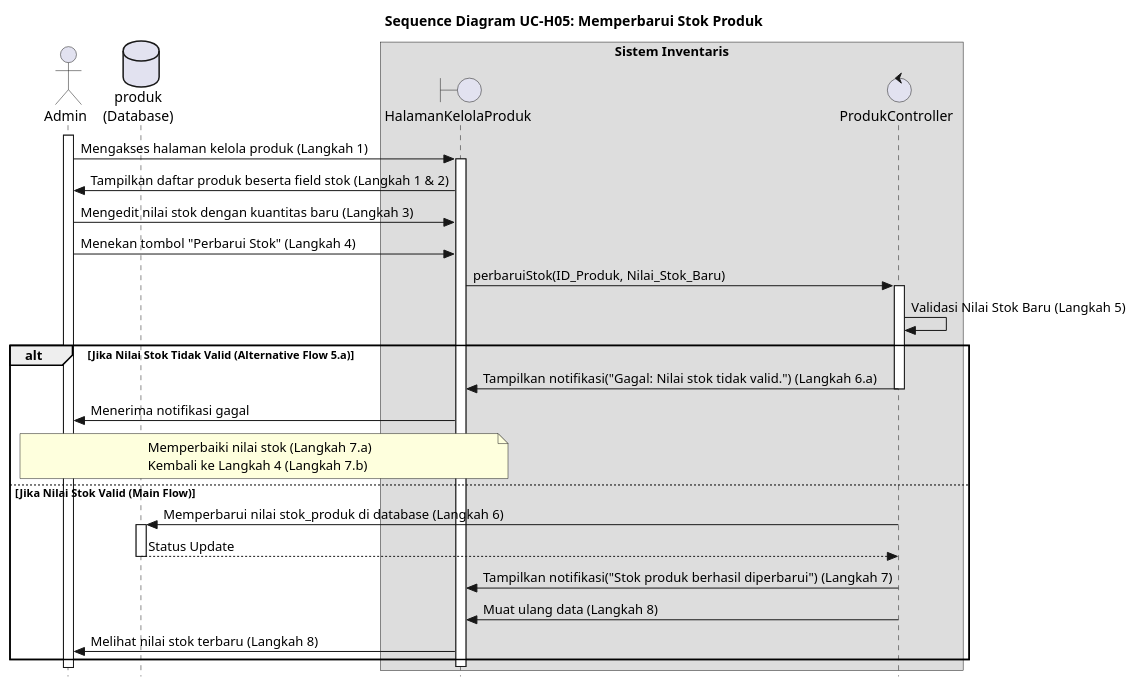
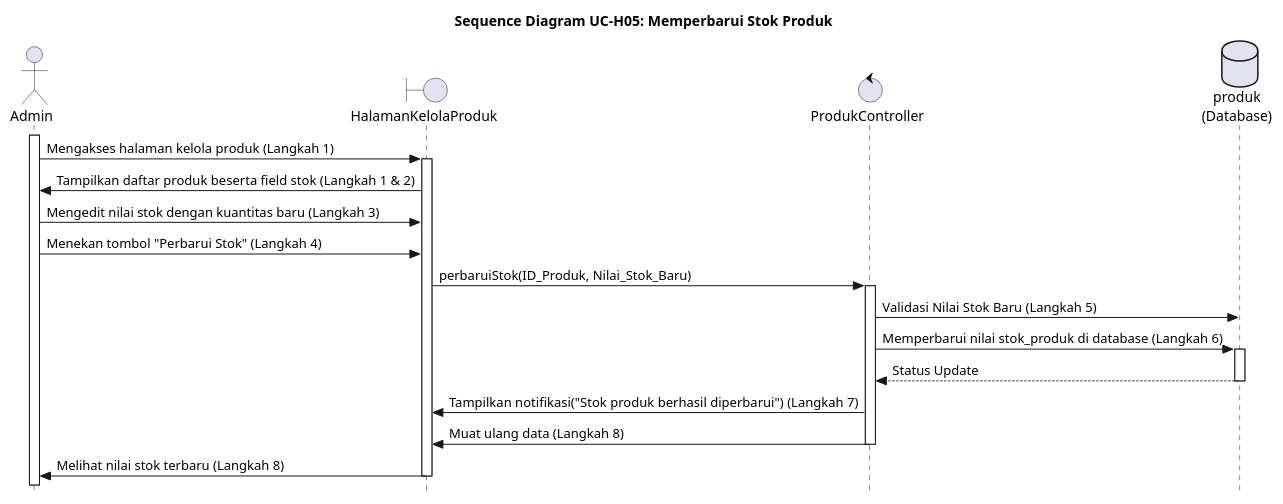
Before and after one commit to alfiahnurfa/RSI-PROYEK-AKHIR-SEQUENCE: the diagram in UC-H05.PUML, drawn with PlantUML. The commit also changed 57 other files, not shown here.

```diff
--- a/UC-H05.PUML
+++ b/UC-H05.PUML
@@ -1,56 +1,58 @@
 @startuml SD-UC-H05_PerbaruiStok
 title Sequence Diagram UC-H05: Memperbarui Stok Produk
 skinparam style strictuml
 
 actor Admin
 boundary HalamanKelolaProduk
 control ProdukController
 database produk as "produk\n(Database)"
 
-box "Sistem Inventaris"
-    participant HalamanKelolaProduk
-    participant ProdukController
-end box
+' box "Sistem Inventaris"
+'     participant HalamanKelolaProduk
+'     participant ProdukController
+' end box
 
 activate Admin
 Admin -> HalamanKelolaProduk : Mengakses halaman kelola produk (Langkah 1)
 activate HalamanKelolaProduk
 
 HalamanKelolaProduk -> Admin : Tampilkan daftar produk beserta field stok (Langkah 1 & 2)
 
 Admin -> HalamanKelolaProduk : Mengedit nilai stok dengan kuantitas baru (Langkah 3)
 
 Admin -> HalamanKelolaProduk : Menekan tombol "Perbarui Stok" (Langkah 4)
 
 HalamanKelolaProduk -> ProdukController : perbaruiStok(ID_Produk, Nilai_Stok_Baru)
 activate ProdukController
 
-ProdukController -> ProdukController : Validasi Nilai Stok Baru (Langkah 5)
+ProdukController -> produk : Validasi Nilai Stok Baru (Langkah 5)
 
-alt Jika Nilai Stok Tidak Valid (Alternative Flow 5.a)
-    ProdukController -> HalamanKelolaProduk : Tampilkan notifikasi("Gagal: Nilai stok tidak valid.") (Langkah 6.a)
-    deactivate ProdukController
+ProdukController -> produk : Memperbarui nilai stok_produk di database (Langkah 6)
+activate produk
+return Status Update
+deactivate produk
+
+ProdukController -> HalamanKelolaProduk : Tampilkan notifikasi("Stok produk berhasil diperbarui") (Langkah 7)
+
+ProdukController -> HalamanKelolaProduk : Muat ulang data (Langkah 8)
+deactivate ProdukController
+
+HalamanKelolaProduk -> Admin : Melihat nilai stok terbaru (Langkah 8)
+
+' alt Jika Nilai Stok Tidak Valid (Alternative Flow 5.a)
+'     ProdukController -> HalamanKelolaProduk : Tampilkan notifikasi("Gagal: Nilai stok tidak valid.") (Langkah 6.a)
+'     deactivate ProdukController
     
-    HalamanKelolaProduk -> Admin : Menerima notifikasi gagal
+'     HalamanKelolaProduk -> Admin : Menerima notifikasi gagal
     
-    note over Admin, HalamanKelolaProduk
-        Memperbaiki nilai stok (Langkah 7.a)
-        Kembali ke Langkah 4 (Langkah 7.b)
-    end note
-else Jika Nilai Stok Valid (Main Flow)
-    ProdukController -> produk : Memperbarui nilai stok_produk di database (Langkah 6)
-    activate produk
-    return Status Update
-    deactivate produk
-    
-    ProdukController -> HalamanKelolaProduk : Tampilkan notifikasi("Stok produk berhasil diperbarui") (Langkah 7)
-    
-    ProdukController -> HalamanKelolaProduk : Muat ulang data (Langkah 8)
-    deactivate ProdukController
-    
-    HalamanKelolaProduk -> Admin : Melihat nilai stok terbaru (Langkah 8)
-end alt
+'     note over Admin, HalamanKelolaProduk
+'         Memperbaiki nilai stok (Langkah 7.a)
+'         Kembali ke Langkah 4 (Langkah 7.b)
+'     end note
+' else Jika Nilai Stok Valid (Main Flow)
+
+' end alt
 
 deactivate HalamanKelolaProduk
 
 @enduml
```
